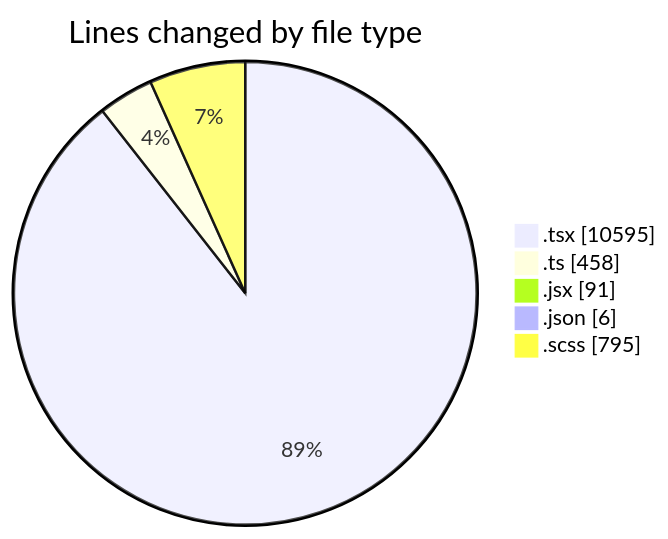
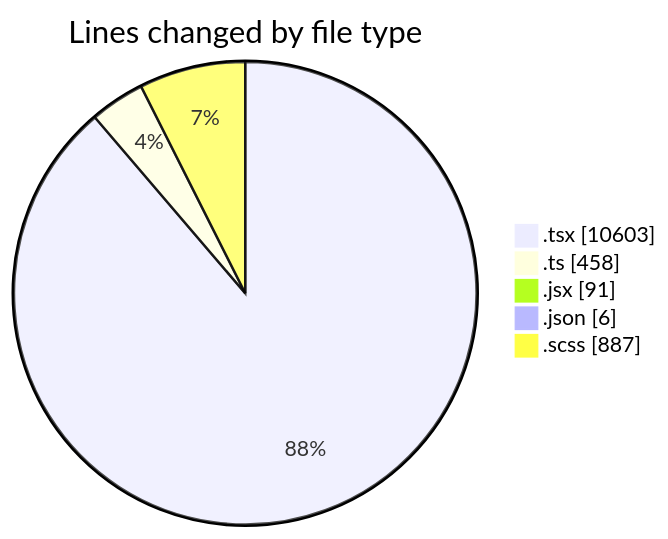
The first of 2 diagrams in 2026-04-27/cda/README.md (momahboobian/code-tracking), drawn with Mermaid before and after one commit. The commit also changed other lines of this file and 1 other file, not shown here.

````diff
--- a/2026-04-27/cda/README.md
+++ b/2026-04-27/cda/README.md
@@ -57,9 +57,9 @@
 ```mermaid
 pie showData
 title Lines changed by file type
-".tsx" : 10595
+".tsx" : 10603
 ".ts" : 458
 ".jsx" : 91
 ".json" : 6
-".scss" : 795
+".scss" : 887
 ```
````
